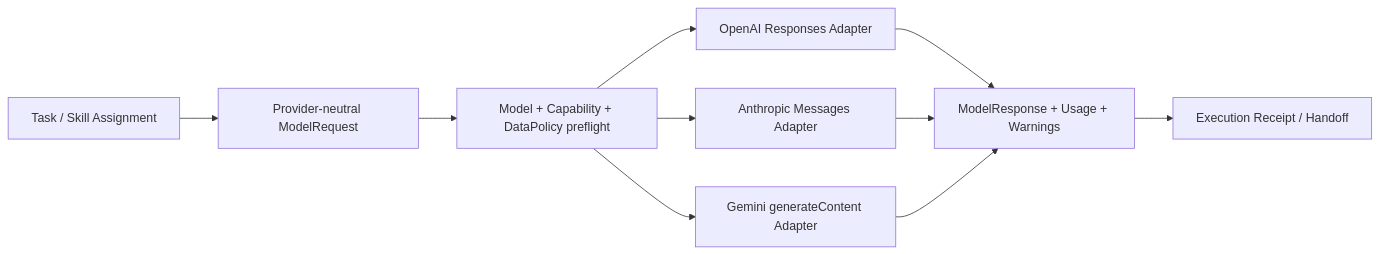
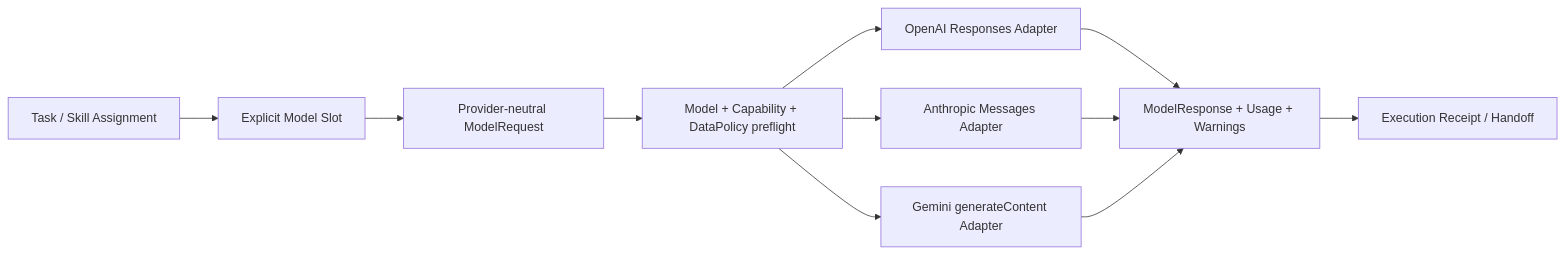
Before and after one commit to Chengyue-Lu/research-agent-workbench: the diagram in docs/implementation/PROVIDER_ADAPTER_PLAN.md, drawn with Mermaid. The commit also changed other lines of this file and 34 other files, not shown here.

````diff
--- a/docs/implementation/PROVIDER_ADAPTER_PLAN.md
+++ b/docs/implementation/PROVIDER_ADAPTER_PLAN.md
@@ -11,12 +11,13 @@
 ```mermaid
 flowchart LR
-  Task["Task / Skill Assignment"] --> Port["Provider-neutral ModelRequest"]
+  Task["Task / Skill Assignment"] --> Slot["Explicit Model Slot"]
+  Slot --> Port["Provider-neutral ModelRequest"]
   Port --> Gate["Model + Capability + DataPolicy preflight"]
   Gate --> OA["OpenAI Responses Adapter"]
   Gate --> AN["Anthropic Messages Adapter"]
   Gate --> GE["Gemini generateContent Adapter"]
   OA --> Result["ModelResponse + Usage + Warnings"]
   AN --> Result
   GE --> Result
   Result --> Receipt["Execution Receipt / Handoff"]
 ```
````
